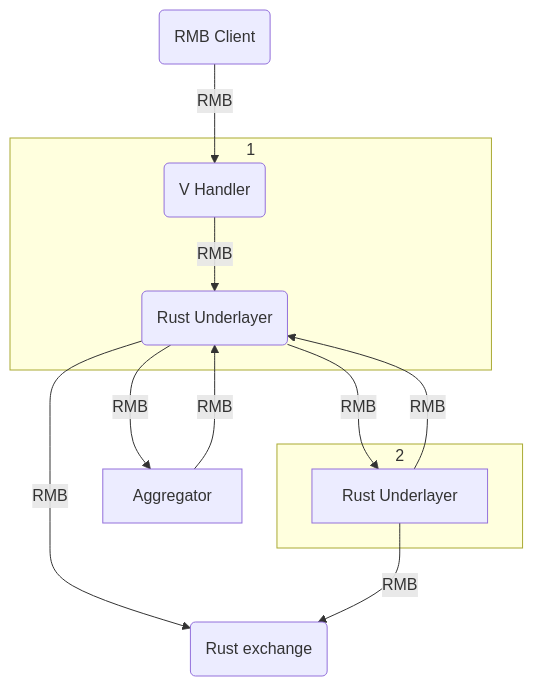
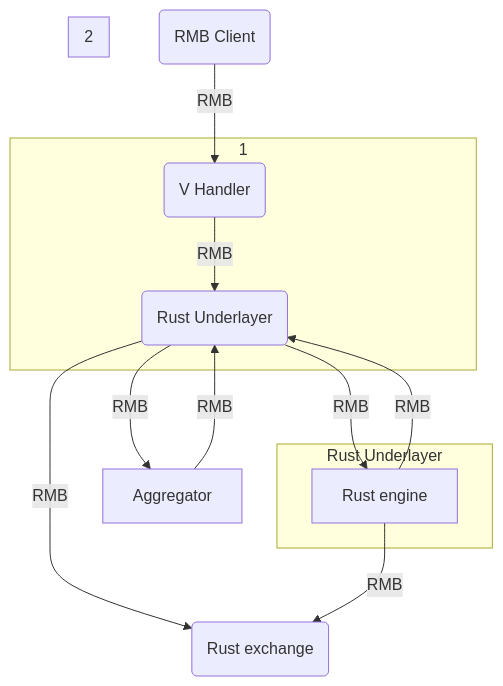
Before and after one commit to timurgordon/P2P_RMB_protocol: the diagram in README.md, drawn with Mermaid.

````diff
--- a/README.md
+++ b/README.md
@@ -140,15 +140,17 @@
 ```mermaid
 graph TD
     A(RMB Client) -->|RMB| B(V Handler)
     subgraph 1
     B --> |RMB| C(Rust Underlayer)
     end
     C -->|RMB| D[Aggregator]
     D -->|RMB| C
-    C -->|RMB| E[Rust Underlayer]
+    subgraph Rust Underlayer
+    C -->|RMB| E[Rust engine]
+    end
     subgraph 2
     E --> |RMB| C
     end
     C --> |RMB| F(Rust exchange)
     E --> |RMB| F(Rust exchange)
 ```
````
